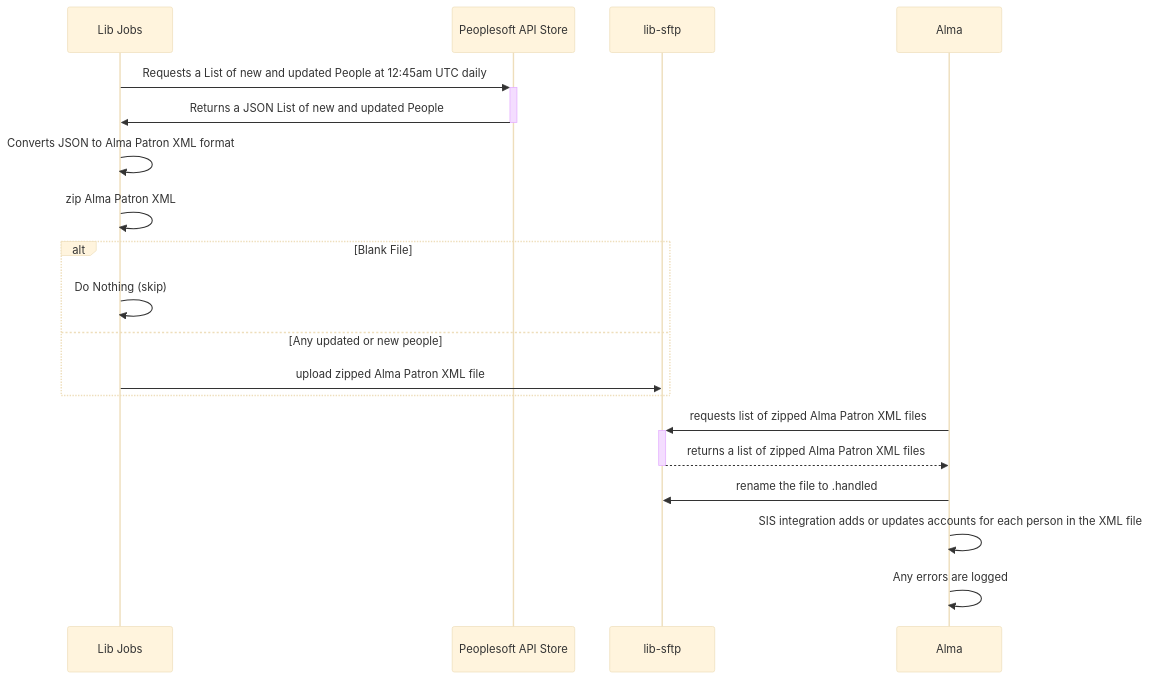
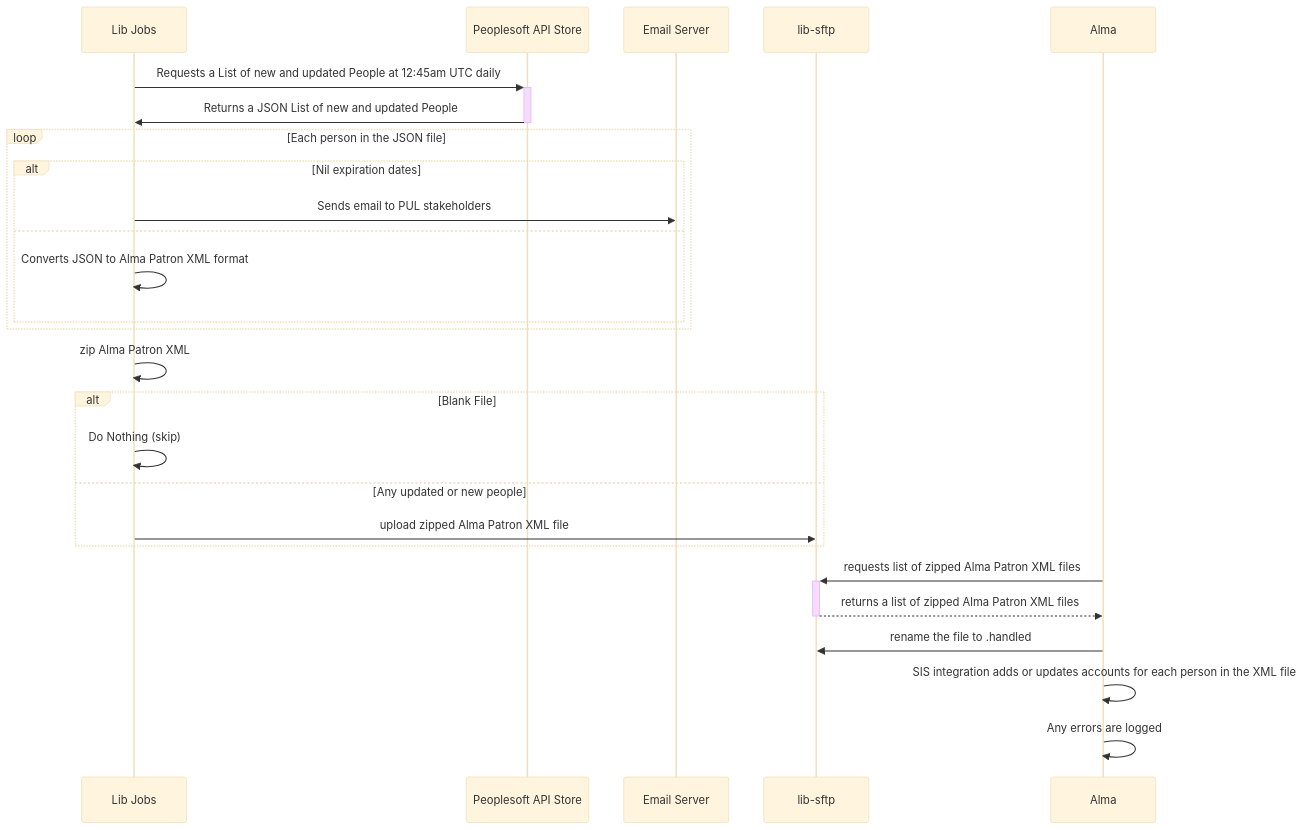
Before and after one commit to pulibrary/lib_jobs: the diagram in docs/alma_people/README.md, drawn with Mermaid (base theme). The commit also changed 11 other files, not shown here.

First line of the commit message:
i355: Send an email report on nil expiration dates

````diff
--- a/docs/alma_people/README.md
+++ b/docs/alma_people/README.md
@@ -7,17 +7,23 @@
 ```mermaid
 sequenceDiagram
     Lib Jobs->>+Peoplesoft API Store: Requests a List of new and updated People at 12:45am UTC daily
     Peoplesoft API Store->>-Lib Jobs: Returns a JSON List of new and updated People
-    Lib Jobs->>Lib Jobs: Converts JSON to Alma Patron XML format
+    loop Each person in the JSON file
+      alt Nil expiration dates
+        Lib Jobs->>Email Server: Sends email to PUL stakeholders
+      else
+        Lib Jobs->>Lib Jobs: Converts JSON to Alma Patron XML format
+      end
+    end
     Lib Jobs->>Lib Jobs: zip Alma Patron XML
     alt Blank File    
       Lib Jobs->>Lib Jobs: Do Nothing (skip)
     else Any updated or new people
       Lib Jobs->>lib-sftp: upload zipped Alma Patron XML file
     end
     Alma->>+lib-sftp: requests list of zipped Alma Patron XML files
     lib-sftp-->>-Alma: returns a list of zipped Alma Patron XML files
     Alma->>lib-sftp: rename the file to .handled
     Alma->>Alma: SIS integration adds or updates accounts for each person in the XML file
     Alma->>Alma: Any errors are logged
 ```
````
